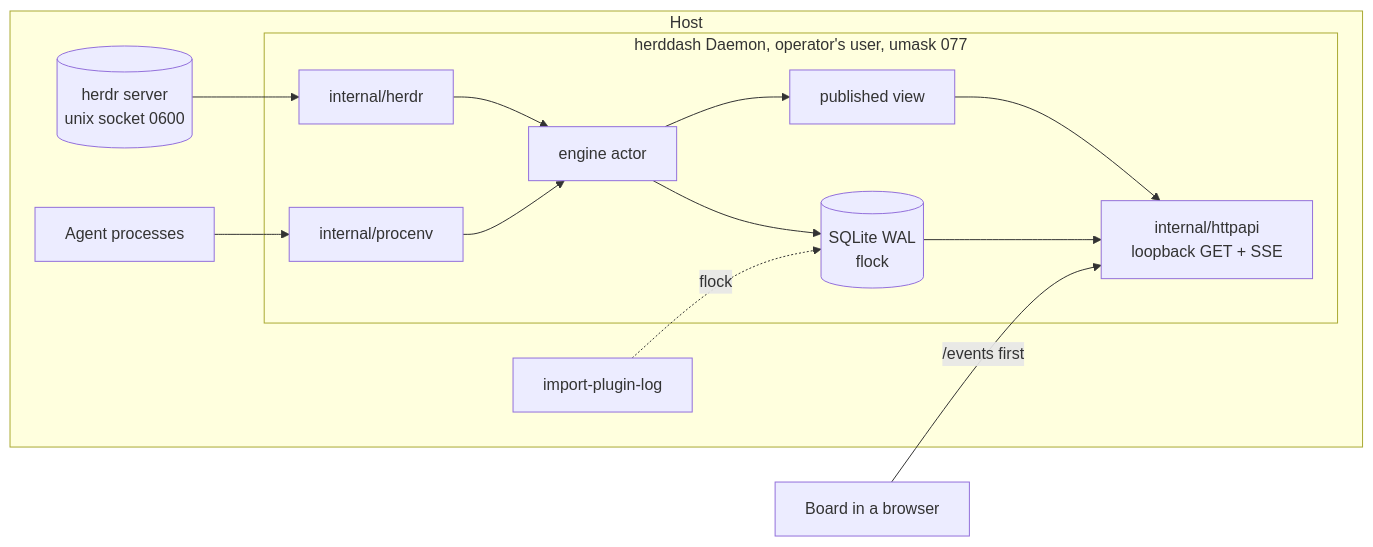
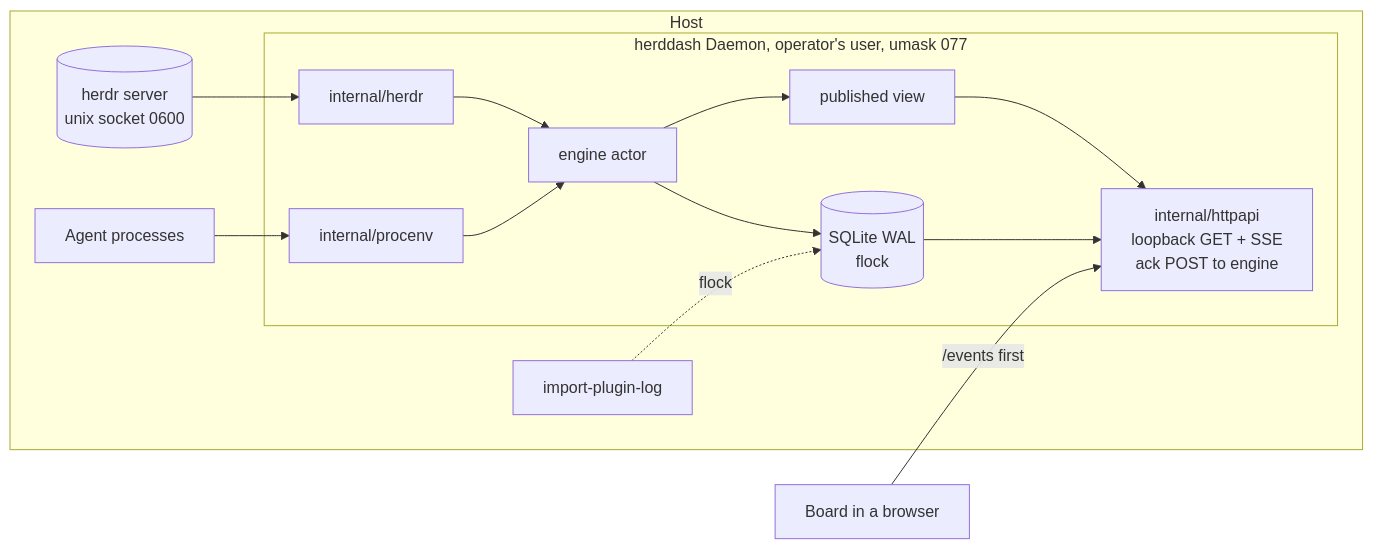
The second of 3 diagrams in docs/planning/architecture/architecture-herddash-2026-10-14/ARCHITECTURE-SPINE.md (vilosource/herddash), drawn with Mermaid before and after one commit. The commit also changed other lines of this file and 9 other files, not shown here.

````diff
--- a/docs/planning/architecture/architecture-herddash-2026-10-14/ARCHITECTURE-SPINE.md
+++ b/docs/planning/architecture/architecture-herddash-2026-10-14/ARCHITECTURE-SPINE.md
@@ -409,19 +433,19 @@
 ```mermaid
 graph LR
   subgraph Host
     herdr[(herdr server<br/>unix socket 0600)]
     procs[Agent processes]
     subgraph Daemon[herddash Daemon, operator's user, umask 077]
       hc[internal/herdr] --> eng[engine actor]
       pe[internal/procenv] --> eng
       eng --> st[(SQLite WAL<br/>flock)]
       eng --> view[published view]
-      view --> api[internal/httpapi<br/>loopback GET + SSE]
+      view --> api[internal/httpapi<br/>loopback GET + SSE<br/>ack POST to engine]
       st --> api
     end
     herdr --> hc
     procs --> pe
     imp[import-plugin-log] -.flock.-> st
   end
   browser[Board in a browser] -->|/events first| api
 ```
````
